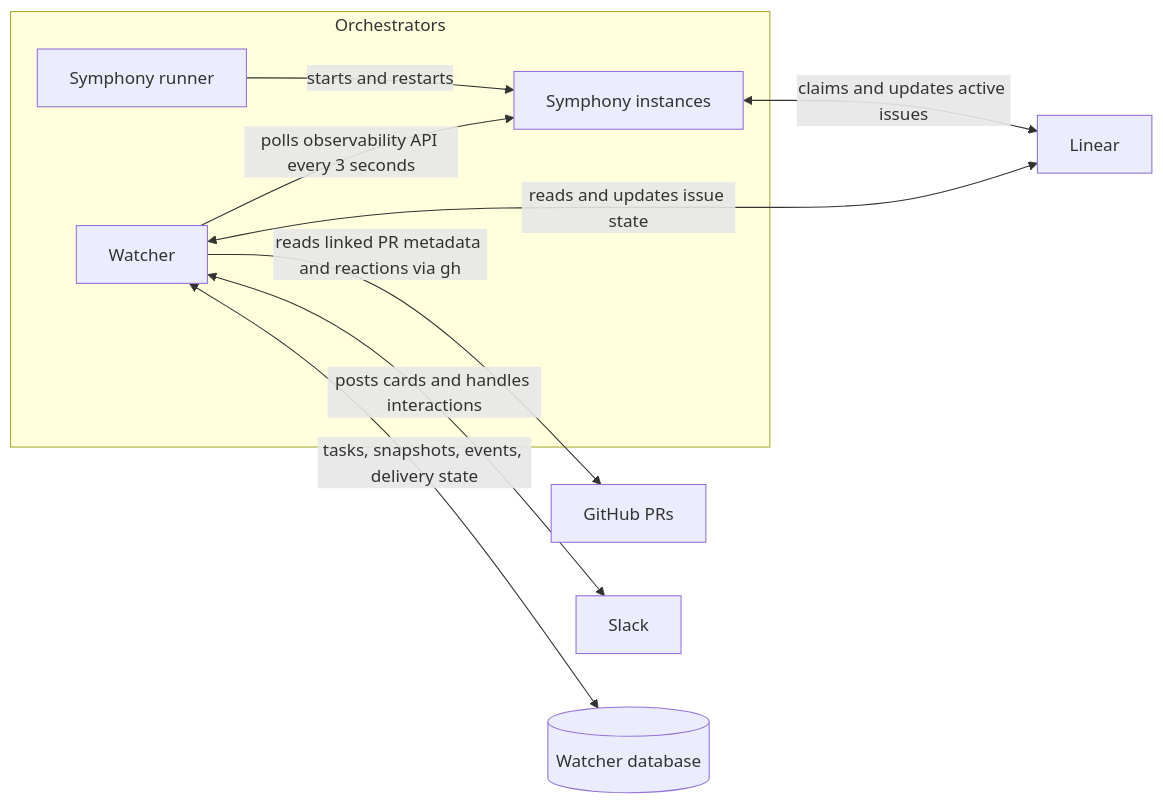
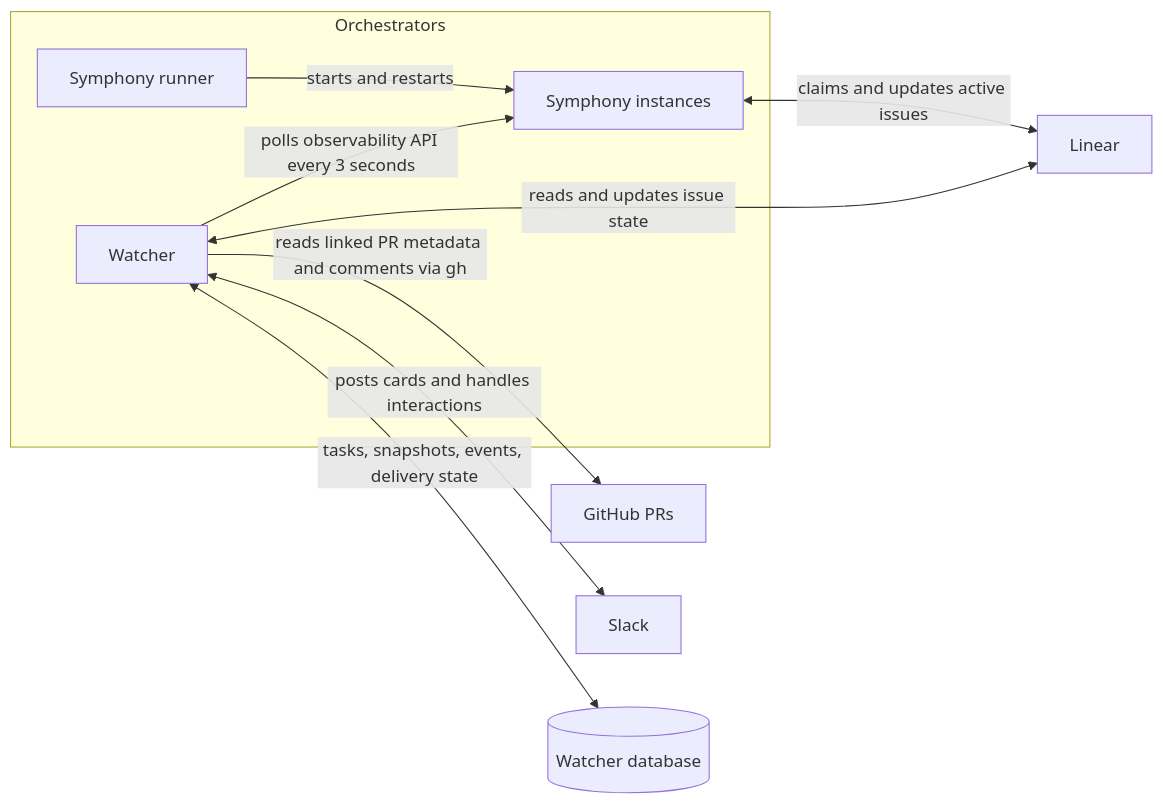
The first of 2 diagrams in docs/architecture.md (hiroppy/orchestrators), drawn with Mermaid before and after one commit. The commit also changed other lines of this file and 28 other files, not shown here.

First line of the commit message:
feat(watcher): requeue inline review comments (#65)

````diff
--- a/docs/architecture.md
+++ b/docs/architecture.md
@@ -14,21 +14,21 @@
 ```mermaid
 flowchart LR
   Linear[Linear]
   GitHub[GitHub PRs]
   Slack[Slack]
   DB[(Watcher database)]
 
   subgraph Local[Orchestrators]
     Runner[Symphony runner]
     Symphony[Symphony instances]
     Watcher[Watcher]
   end
 
   Runner -->|starts and restarts| Symphony
   Symphony <-->|claims and updates active issues| Linear
   Watcher -->|polls observability API every 3 seconds| Symphony
   Watcher <-->|reads and updates issue state| Linear
-  Watcher -->|reads linked PR metadata and reactions via gh| GitHub
+  Watcher -->|reads linked PR metadata and comments via gh| GitHub
   Watcher <-->|posts cards and handles interactions| Slack
   Watcher <-->|tasks, snapshots, events, delivery state| DB
 ```
````
